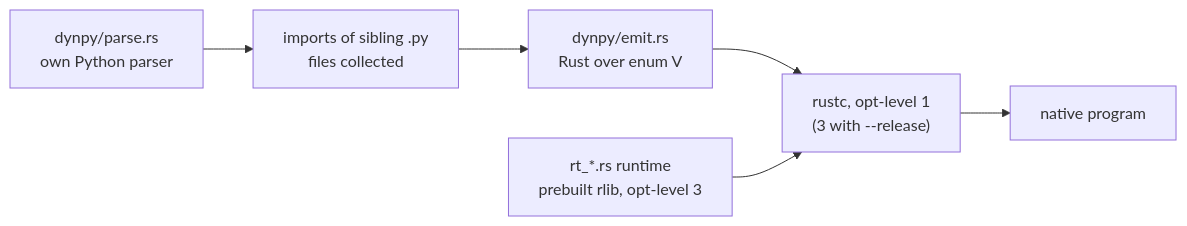
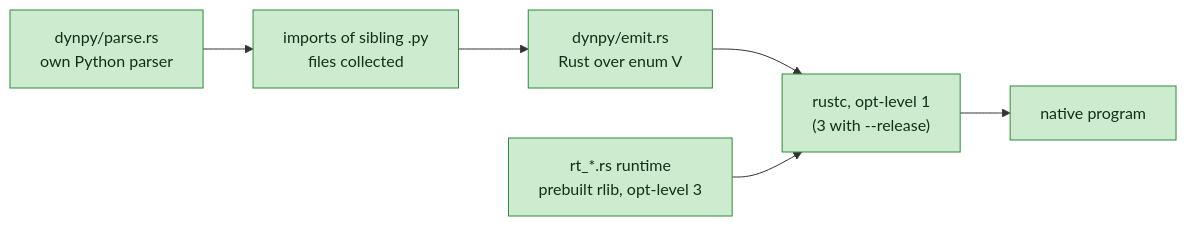
The fourth of 6 diagrams in docs/ARCHITECTURE.md (ets-public/brevi), drawn with Mermaid before and after one commit. The commit also changed other lines of this file, not shown here.

First line of the commit message:
Architecture doc: highlight what runs as Brevi native code

````diff
--- a/docs/ARCHITECTURE.md
+++ b/docs/ARCHITECTURE.md
@@ -120,8 +161,12 @@
 ```mermaid
 flowchart LR
     P["dynpy/parse.rs<br/>own Python parser"] --> M["imports of sibling .py<br/>files collected"]
     M --> E["dynpy/emit.rs<br/>Rust over enum V"]
     E --> R["rustc, opt-level 1<br/>(3 with --release)"]
     L["rt_*.rs runtime<br/>prebuilt rlib, opt-level 3"] --> R
     R --> B["native program"]
+    classDef native fill:#cdeccf,stroke:#2f8a3e,color:#10301a
+    classDef mixed fill:#fdf0c2,stroke:#b58a12,color:#3a2a00
+    classDef cpython fill:#f9d9c9,stroke:#c0522b,color:#3a1405
+    class P,M,E,R,L,B native
 ```
````
